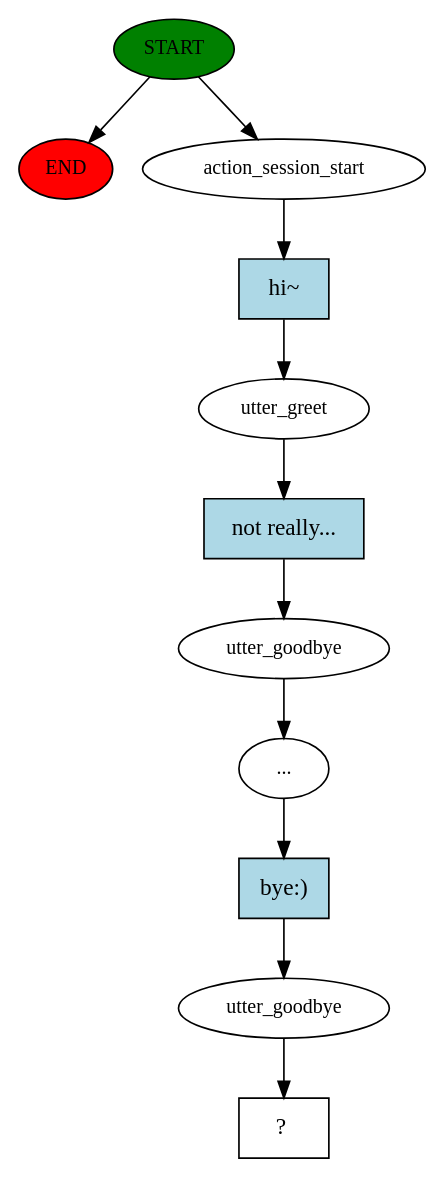
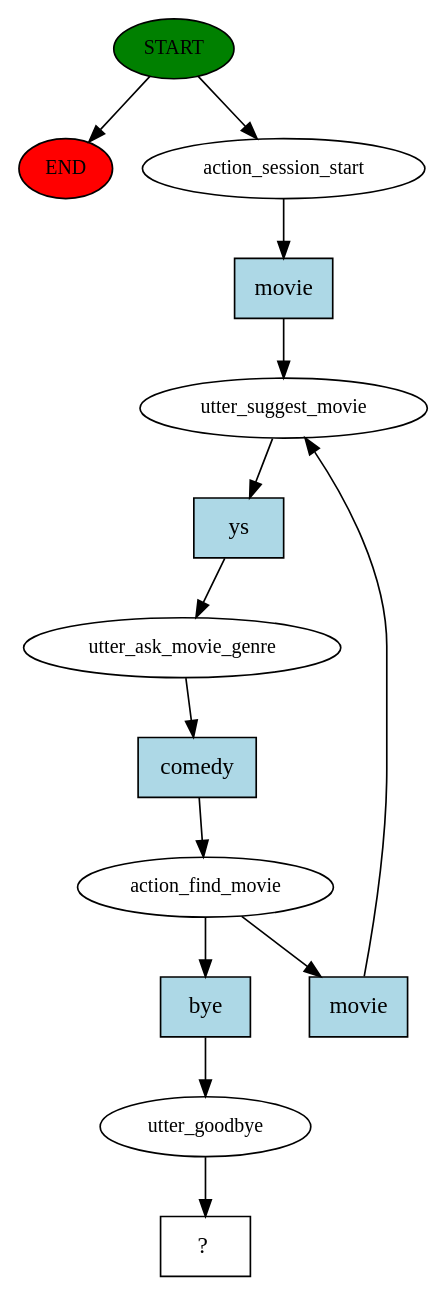
Before and after one commit to JJTam/COMP4461-Project2-Rasa-Chatbot: the diagram in chatbot/story_graph.dot, drawn with Graphviz. The commit also changed 9 other files, not shown here.

```diff
--- a/chatbot/story_graph.dot
+++ b/chatbot/story_graph.dot
@@ -1,23 +1,28 @@
 digraph  {
 0 [class="start active", fillcolor=green, fontsize=12, label=START, style=filled];
 "-1" [class=end, fillcolor=red, fontsize=12, label=END, style=filled];
 1 [class=active, fontsize=12, label=action_session_start];
-2 [class=active, fontsize=12, label=utter_greet];
-3 [class=active, fontsize=12, label=utter_goodbye];
-4 [class=active, fontsize=12, label="..."];
-5 [class=active, fontsize=12, label=utter_goodbye];
-6 [class="intent dashed active", label="  ?  ", shape=rect];
-7 [class="intent active", fillcolor=lightblue, label="hi~", shape=rect, style=filled];
-8 [class="intent active", fillcolor=lightblue, label="not really...", shape=rect, style=filled];
-9 [class="intent active", fillcolor=lightblue, label="bye:)", shape=rect, style=filled];
+2 [class=active, fontsize=12, label=utter_suggest_movie];
+3 [class=active, fontsize=12, label=utter_ask_movie_genre];
+4 [class=active, fontsize=12, label=action_find_movie];
+17 [class=active, fontsize=12, label=utter_goodbye];
+18 [class="intent dashed active", label="  ?  ", shape=rect];
+19 [class="intent active", fillcolor=lightblue, label=movie, shape=rect, style=filled];
+20 [class="intent active", fillcolor=lightblue, label=ys, shape=rect, style=filled];
+21 [class="intent active", fillcolor=lightblue, label=comedy, shape=rect, style=filled];
+22 [class="intent active", fillcolor=lightblue, label=movie, shape=rect, style=filled];
+23 [class="intent active", fillcolor=lightblue, label=bye, shape=rect, style=filled];
 0 -> "-1"  [class="", key=NONE, label=""];
 0 -> 1  [class=active, key=NONE, label=""];
-1 -> 7  [class=active, key=0];
-2 -> 8  [class=active, key=0];
-3 -> 4  [class=active, key=NONE, label=""];
-4 -> 9  [class=active, key=0];
-5 -> 6  [class=active, key=NONE, label=""];
-7 -> 2  [class=active, key=0];
-8 -> 3  [class=active, key=0];
-9 -> 5  [class=active, key=0];
+1 -> 19  [class=active, key=0];
+2 -> 20  [class=active, key=0];
+3 -> 21  [class=active, key=0];
+4 -> 22  [class=active, key=0];
+4 -> 23  [class=active, key=0];
+17 -> 18  [class=active, key=NONE, label=""];
+19 -> 2  [class=active, key=0];
+20 -> 3  [class=active, key=0];
+21 -> 4  [class=active, key=0];
+22 -> 2  [class=active, key=0];
+23 -> 17  [class=active, key=0];
 }
```
